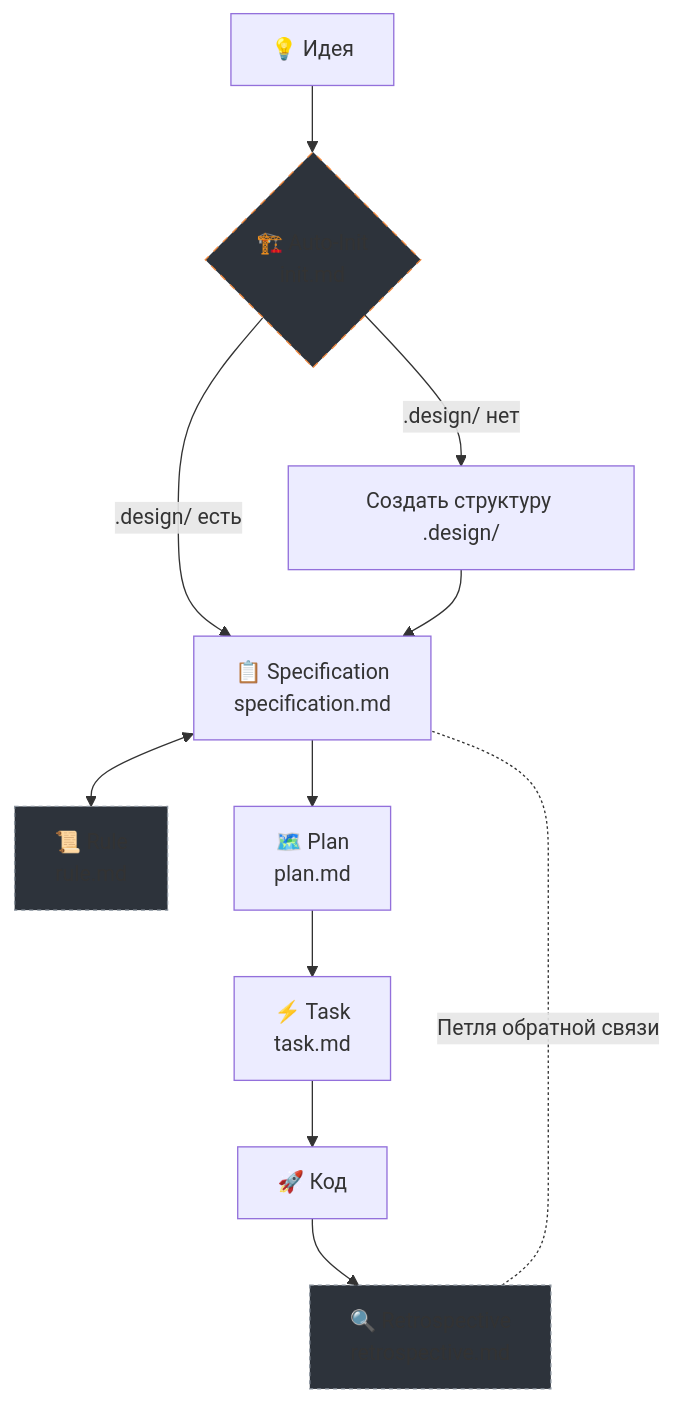
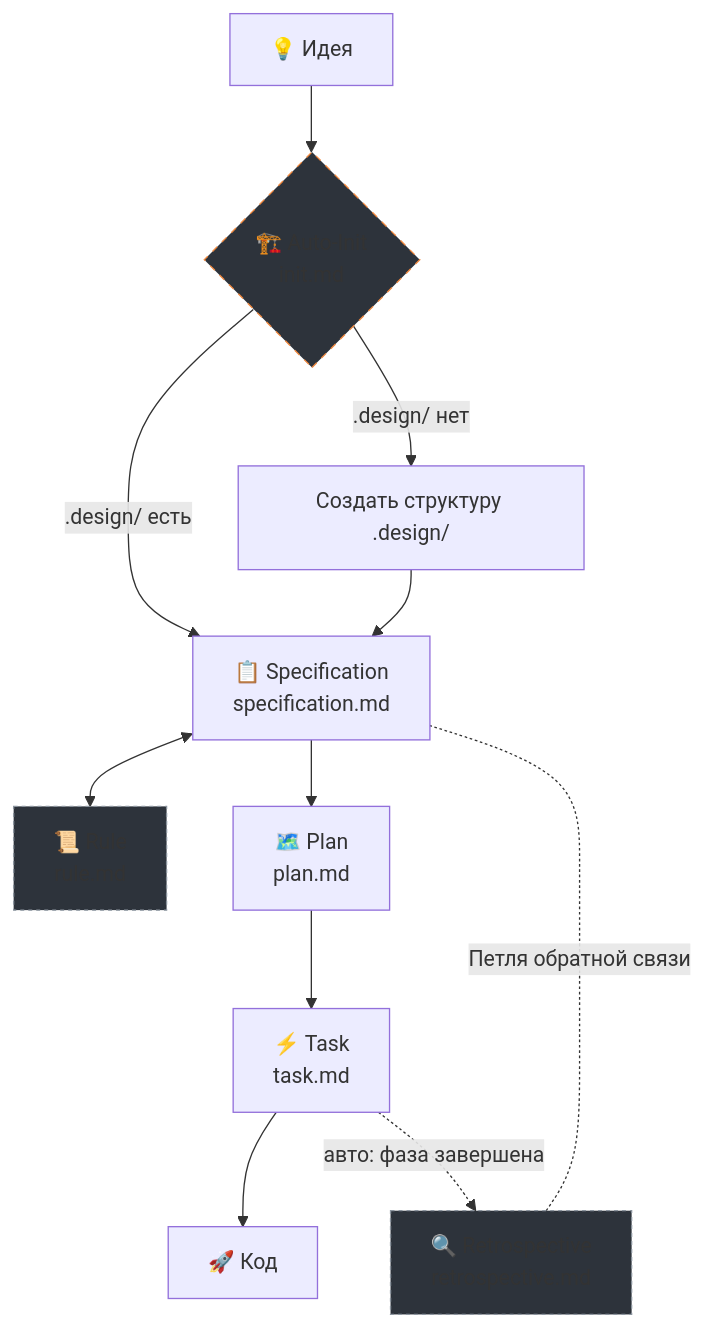
One commit to teratron/magic-spec changed the first of 2 diagrams in docs/README.ru.md. Above: the diagram before and after it, drawn with Mermaid. The commit also changed other lines of this file and 3 other files, not shown here.

````diff
--- a/docs/README.ru.md
+++ b/docs/README.ru.md
@@ -18,16 +18,16 @@
 ```mermaid
 graph TD
     IDEA["💡 Идея"] --> INIT{"🏗️ Auto-Init<br/>init.md"}
     INIT -->|.design/ есть| SPEC
     INIT -->|.design/ нет| CREATE["Создать структуру .design/"] --> SPEC
     SPEC["📋 Specification<br/>specification.md"] <--> RULE["📜 Rule<br/>rule.md"]
     SPEC --> PLAN["🗺️ Plan<br/>plan.md"]
     PLAN --> TASK["⚡ Task<br/>task.md"]
     TASK --> CODE["🚀 Код"]
-    CODE --> RETRO["🔍 Retrospective<br/>retrospective.md"]
+    TASK -.->|"авто: фаза завершена"| RETRO["🔍 Retrospective<br/>retrospective.md"]
     RETRO -.-|Петля обратной связи| SPEC
 
     style INIT fill:#2d333b,stroke:#f0883e,stroke-dasharray: 5 5
     style RULE fill:#2d333b,stroke:#8b949e,stroke-dasharray: 3 3
     style RETRO fill:#2d333b,stroke:#8b949e,stroke-dasharray: 3 3
 ```
````
